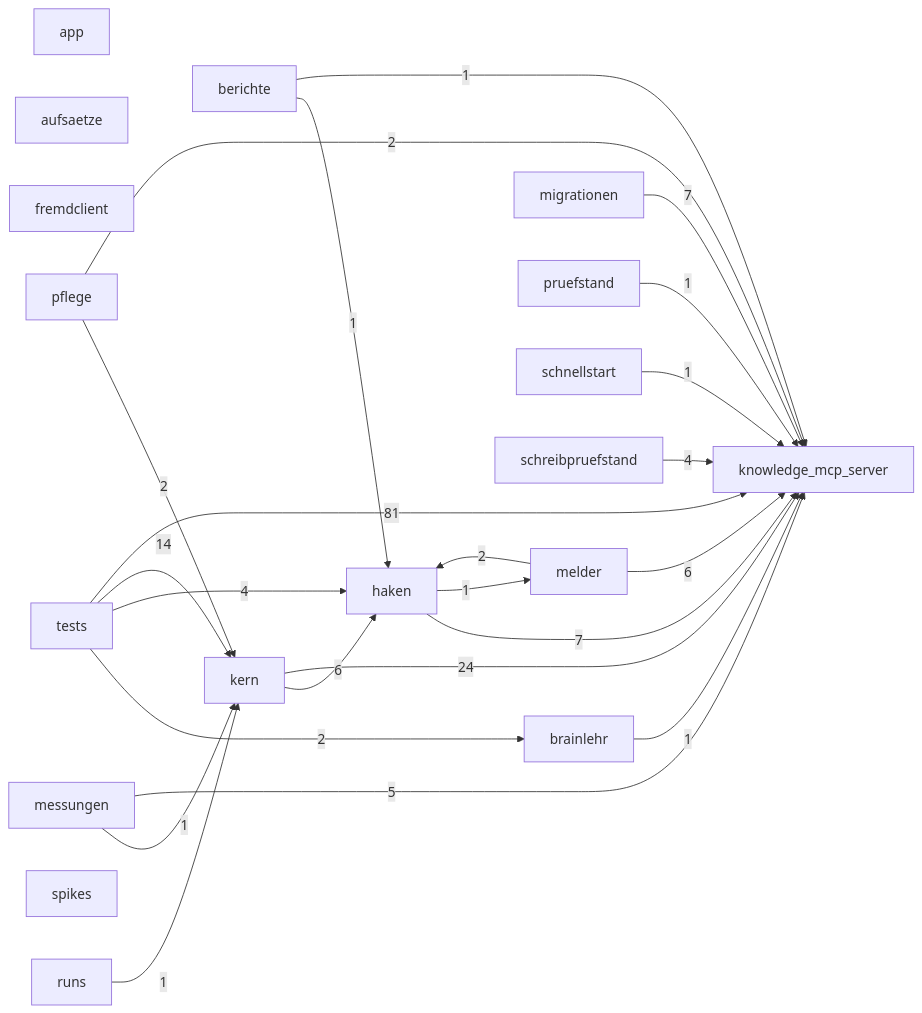
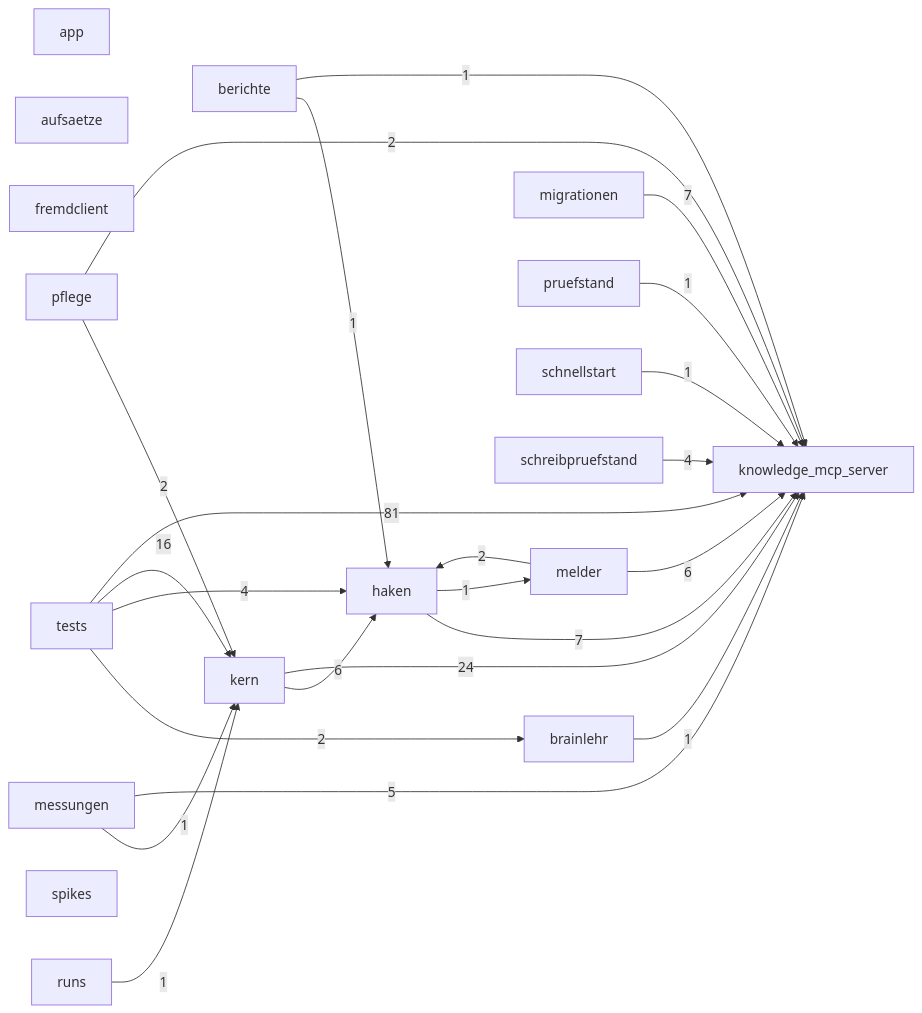
The diagram in docs/karten/code-brainlehr.md (3lehr/brainlehr), drawn with Mermaid before and after one commit. The commit also changed 3 other files, not shown here.

````diff
--- a/docs/karten/code-brainlehr.md
+++ b/docs/karten/code-brainlehr.md
@@ -5,43 +5,43 @@
 ```mermaid
 graph LR
   app["app"]
   aufsaetze["aufsaetze"]
   berichte["berichte"]
   brainlehr["brainlehr"]
   fremdclient["fremdclient"]
   haken["haken"]
   kern["kern"]
   knowledge_mcp_server["knowledge_mcp_server"]
   melder["melder"]
   messungen["messungen"]
   migrationen["migrationen"]
   pflege["pflege"]
   pruefstand["pruefstand"]
   runs["runs"]
   schnellstart["schnellstart"]
   schreibpruefstand["schreibpruefstand"]
   spikes["spikes"]
   tests["tests"]
   berichte -->|1| haken
   berichte -->|1| knowledge_mcp_server
   brainlehr -->|1| knowledge_mcp_server
   haken -->|7| knowledge_mcp_server
   haken -->|1| melder
   kern -->|6| haken
   kern -->|24| knowledge_mcp_server
   melder -->|2| haken
   melder -->|6| knowledge_mcp_server
   messungen -->|1| kern
   messungen -->|5| knowledge_mcp_server
   migrationen -->|7| knowledge_mcp_server
   pflege -->|2| kern
   pflege -->|2| knowledge_mcp_server
   pruefstand -->|1| knowledge_mcp_server
   runs -->|1| kern
   schnellstart -->|1| knowledge_mcp_server
   schreibpruefstand -->|4| knowledge_mcp_server
   tests -->|2| brainlehr
   tests -->|4| haken
-  tests -->|14| kern
+  tests -->|16| kern
   tests -->|81| knowledge_mcp_server
 ```
````
